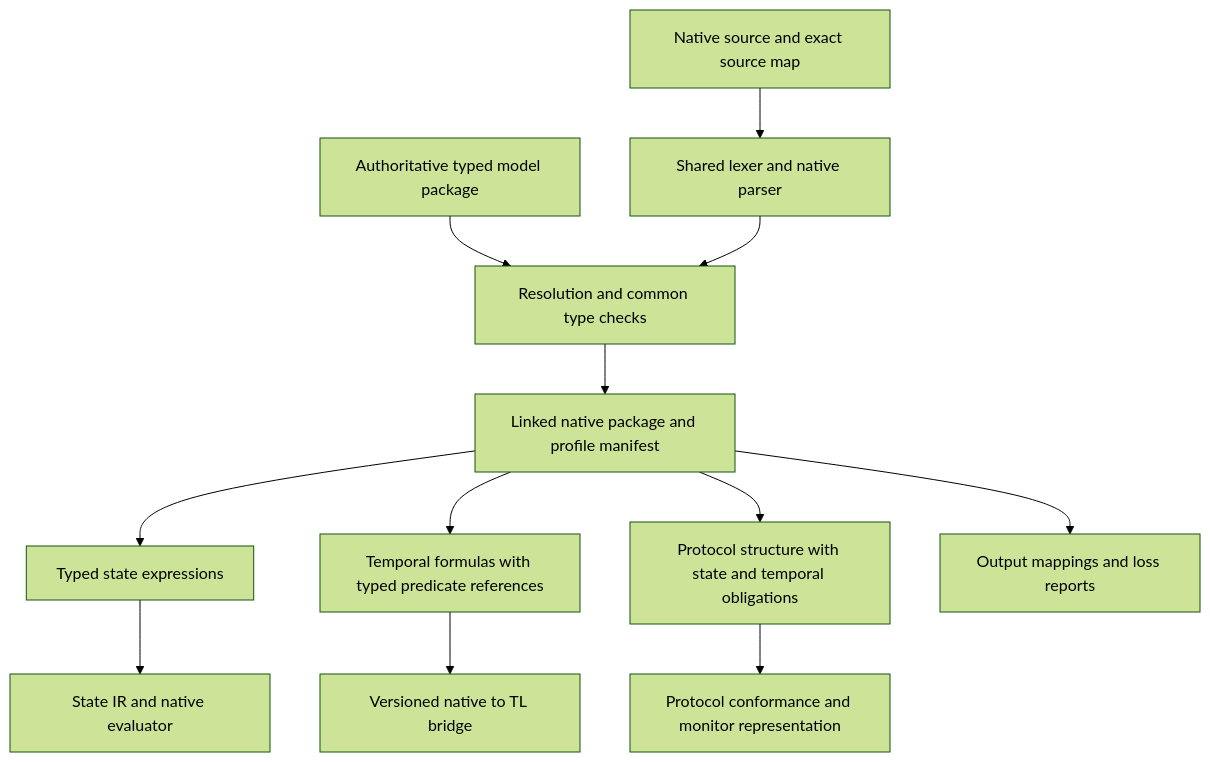
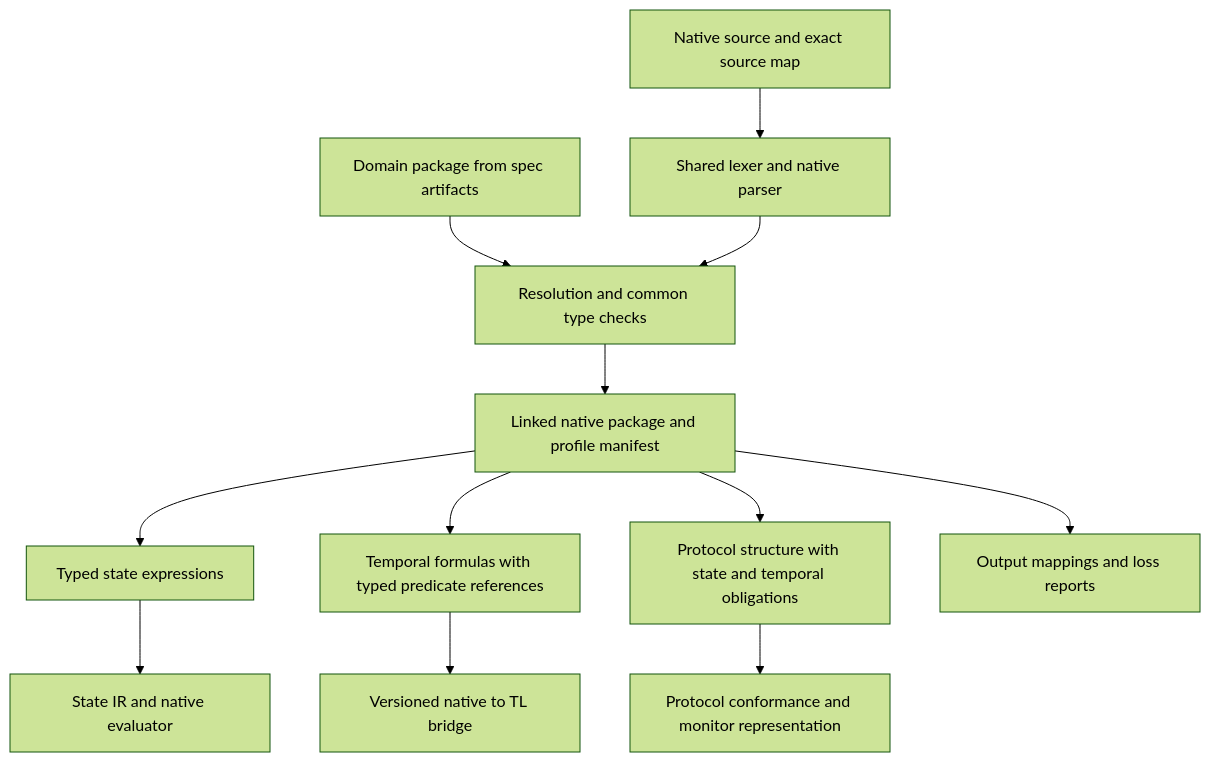
Before and after one commit to agent-ix/quire-specification: the diagram in spec/assurance/AD-001-composed-native-language.md, drawn with Mermaid (forest theme). The commit also changed other lines of this file and 30 other files, not shown here.

Commit message:
Foundation, package contract and grammar import spec-declared domain packages (#77)

````diff
--- a/spec/assurance/AD-001-composed-native-language.md
+++ b/spec/assurance/AD-001-composed-native-language.md
@@ -62,14 +66,14 @@
 ```mermaid
 flowchart TD
     S[Native source and exact source map] --> P[Shared lexer and native parser]
-    M[Authoritative typed model package] --> L[Resolution and common type checks]
+    M[Domain package from spec artifacts] --> L[Resolution and common type checks]
     P --> L
     L --> N[Linked native package and profile manifest]
     N --> ST[Typed state expressions]
     N --> TT[Temporal formulas with typed predicate references]
     N --> PT[Protocol structure with state and temporal obligations]
     ST --> IR[State IR and native evaluator]
     TT --> TL[Versioned native to TL bridge]
     PT --> PR[Protocol conformance and monitor representation]
     N --> EX[Output mappings and loss reports]
 ```
````
